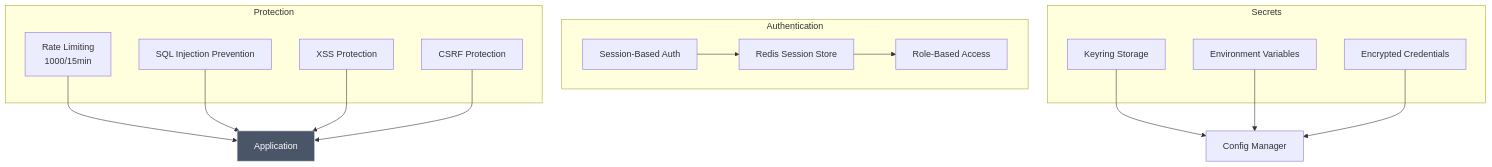
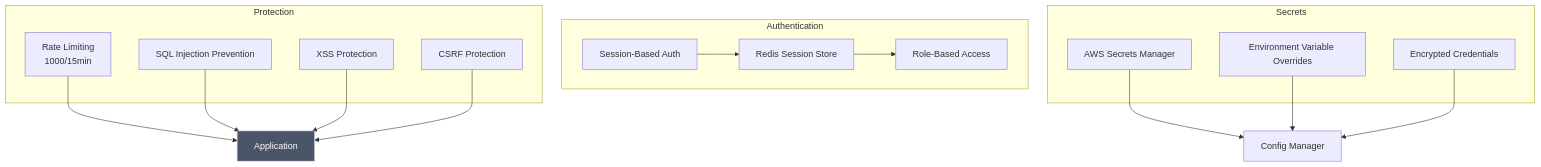
Before and after one commit to cyclonite69/shadowcheck-static: diagram 11 of 13 in .github/wiki/Features.md, drawn with Mermaid. The commit also changed other lines of this file and 5 other files, not shown here.

````diff
--- a/.github/wiki/Features.md
+++ b/.github/wiki/Features.md
@@ -436,35 +436,35 @@
 ```mermaid
 graph TB
     subgraph "Authentication"
         A[Session-Based Auth]
         B[Redis Session Store]
         C[Role-Based Access]
     end
 
     subgraph "Protection"
         D[Rate Limiting<br/>1000/15min]
         E[SQL Injection Prevention]
         F[XSS Protection]
         G[CSRF Protection]
     end
 
-    subgraph "Secrets"
-        H[Keyring Storage]
-        I[Environment Variables]
+        subgraph "Secrets"
+        H[AWS Secrets Manager]
+        I[Environment Variable Overrides]
         J[Encrypted Credentials]
     end
 
     A --> B
     B --> C
 
     D --> K[Application]
     E --> K
     F --> K
     G --> K
 
     H --> L[Config Manager]
     I --> L
     J --> L
 
     style K fill:#4a5568,stroke:#cbd5e0,color:#fff
 ```
````
